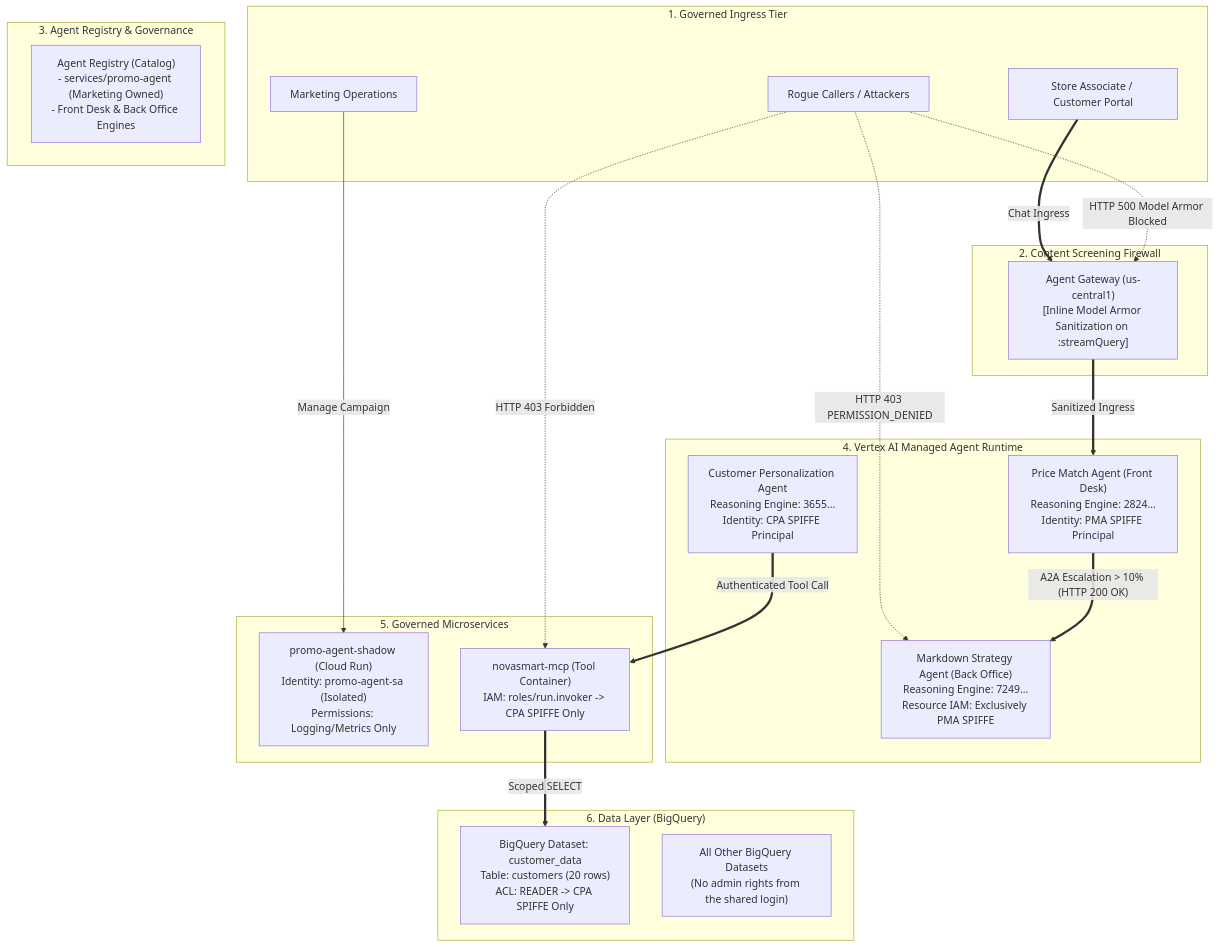
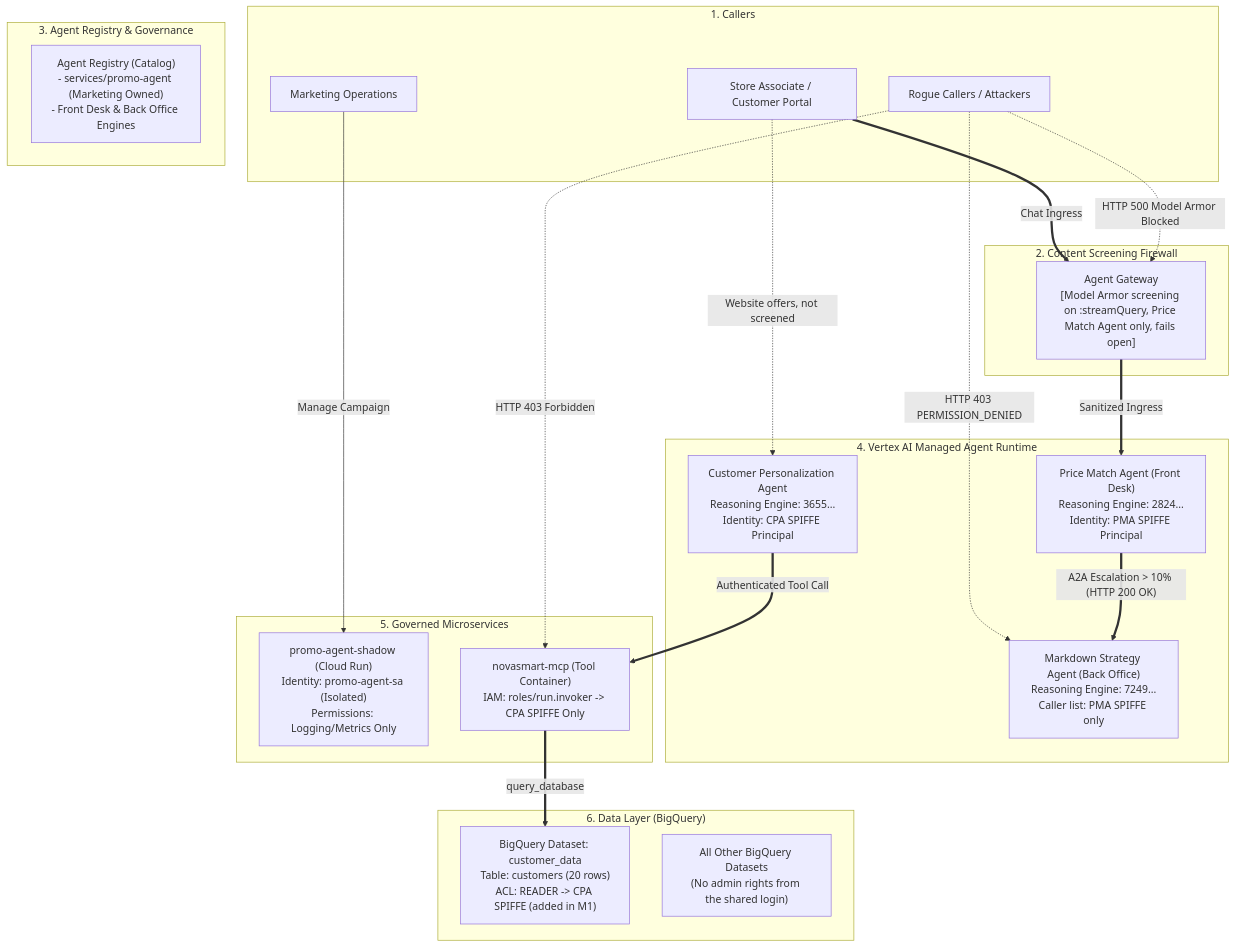
Before and after one commit to nelmiux/build-with-gemini: the diagram in README.md, drawn with Mermaid. The commit also changed other lines of this file and 8 other files, not shown here.

````diff
--- a/README.md
+++ b/README.md
@@ -37,44 +37,45 @@
 ```mermaid
 flowchart TD
-    subgraph Ingress [1. Governed Ingress Tier]
+    subgraph Ingress [1. Callers]
         StoreAssociate[Store Associate / Customer Portal]
         MarketingOps[Marketing Operations]
         RogueCaller[Rogue Callers / Attackers]
     end
 
     subgraph Gateway [2. Content Screening Firewall]
-        ModelArmorGW["Agent Gateway (us-central1)<br/>[Inline Model Armor Sanitization on :streamQuery]"]
+        ModelArmorGW["Agent Gateway<br/>[Model Armor screening on :streamQuery, Price Match Agent only, fails open]"]
     end
 
     subgraph Catalog [3. Agent Registry & Governance]
         Registry["Agent Registry (Catalog)<br/>- services/promo-agent (Marketing Owned)<br/>- Front Desk & Back Office Engines"]
     end
 
     subgraph AgentRuntime [4. Vertex AI Managed Agent Runtime]
         PMA["Price Match Agent (Front Desk)<br/>Reasoning Engine: 2824...<br/>Identity: PMA SPIFFE Principal"]
-        MSA["Markdown Strategy Agent (Back Office)<br/>Reasoning Engine: 7249...<br/>Resource IAM: Exclusively PMA SPIFFE"]
+        MSA["Markdown Strategy Agent (Back Office)<br/>Reasoning Engine: 7249...<br/>Caller list: PMA SPIFFE only"]
         CPA["Customer Personalization Agent<br/>Reasoning Engine: 3655...<br/>Identity: CPA SPIFFE Principal"]
     end
 
     subgraph CloudRun [5. Governed Microservices]
         PromoRun["promo-agent-shadow (Cloud Run)<br/>Identity: promo-agent-sa (Isolated)<br/>Permissions: Logging/Metrics Only"]
         MCPRun["novasmart-mcp (Tool Container)<br/>IAM: roles/run.invoker -> CPA SPIFFE Only"]
     end
 
     subgraph DataTier ["6. Data Layer (BigQuery)"]
-        BQ_Customer["BigQuery Dataset: customer_data<br/>Table: customers (20 rows)<br/>ACL: READER -> CPA SPIFFE Only"]
+        BQ_Customer["BigQuery Dataset: customer_data<br/>Table: customers (20 rows)<br/>ACL: READER -> CPA SPIFFE (added in M1)"]
         BQ_Protected["All Other BigQuery Datasets<br/>(No admin rights from the shared login)"]
     end
 
     StoreAssociate ==>|Chat Ingress| ModelArmorGW
+    StoreAssociate -.->|Website offers, not screened| CPA
     ModelArmorGW ==>|Sanitized Ingress| PMA
     MarketingOps -->|Manage Campaign| PromoRun
     
     RogueCaller -.->|HTTP 403 PERMISSION_DENIED| MSA
     RogueCaller -.->|HTTP 500 Model Armor Blocked| ModelArmorGW
     RogueCaller -.->|HTTP 403 Forbidden| MCPRun
 
     PMA ==>|"A2A Escalation > 10% (HTTP 200 OK)"| MSA
     CPA ==>|Authenticated Tool Call| MCPRun
-    MCPRun ==>|Scoped SELECT| BQ_Customer
+    MCPRun ==>|query_database| BQ_Customer
 ```
````
